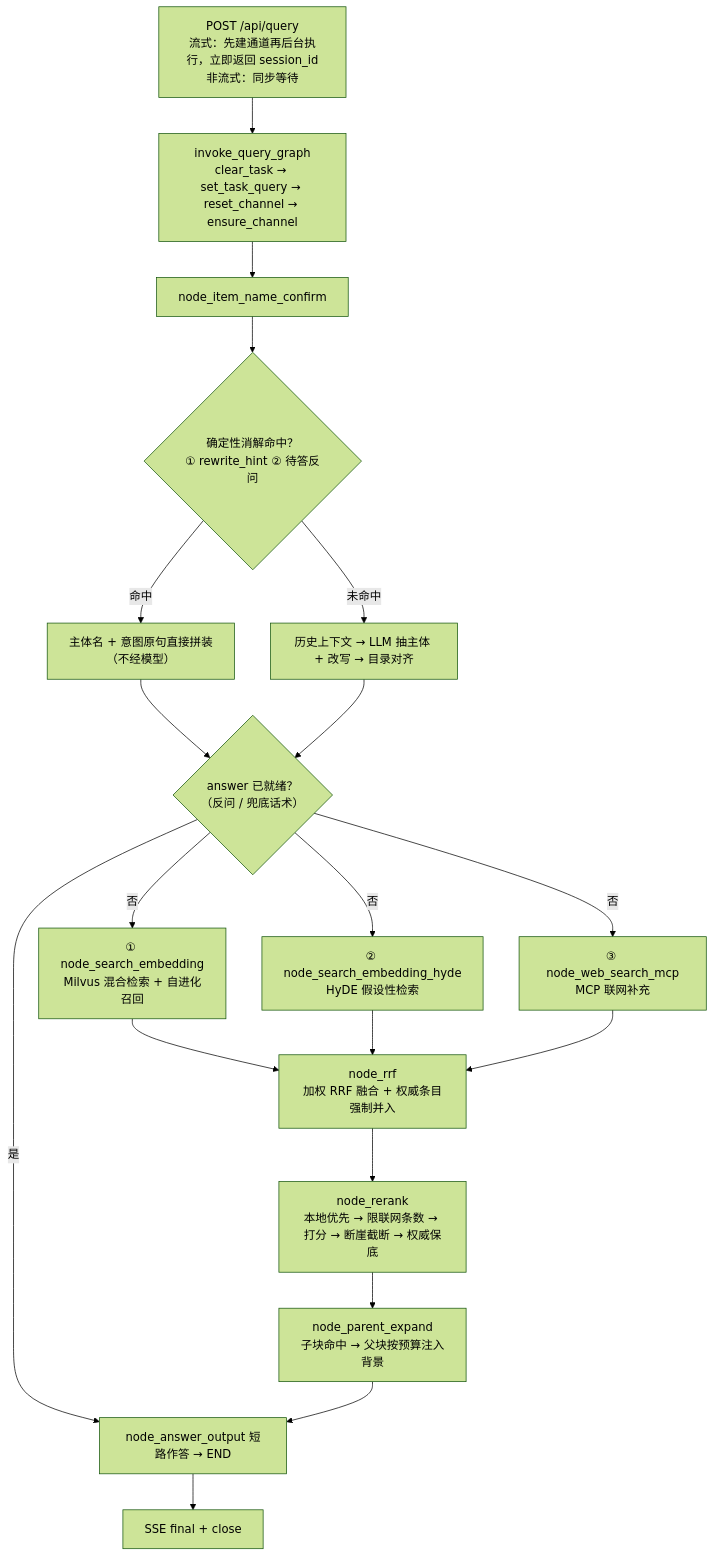
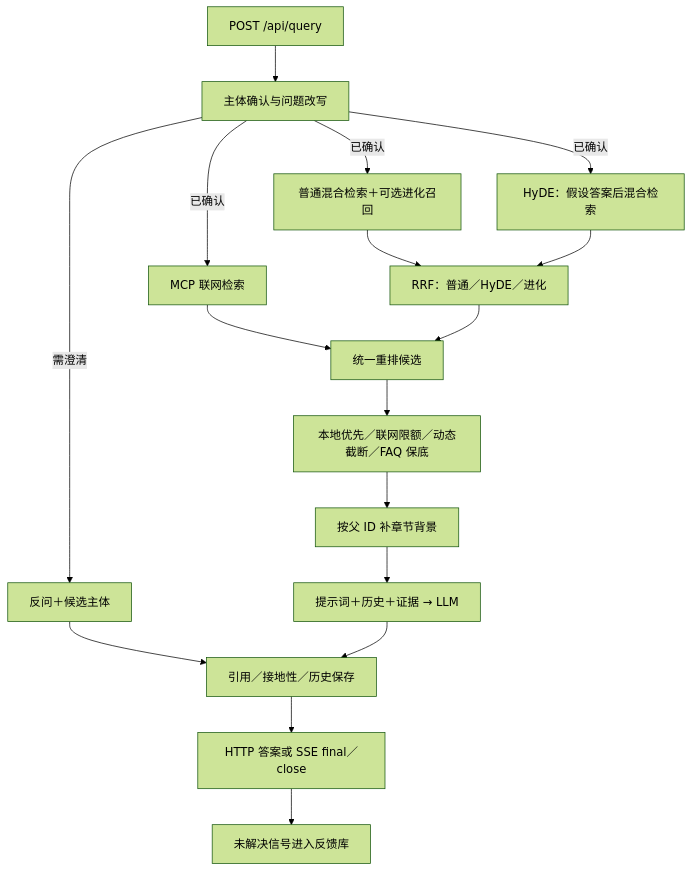
One commit to LZX842056112/se_rag changed the third of 4 diagrams in docs/se_rag-技术讲解文档.md. Above: the diagram before and after it, drawn with Mermaid (forest theme). The commit also changed other lines of this file and 3 other files, not shown here.

````diff
--- a/docs/se_rag-技术讲解文档.md
+++ b/docs/se_rag-技术讲解文档.md
@@ -192,21 +186,19 @@
 ```mermaid
-flowchart TD
-    A["POST /api/query<br/>流式：先建通道再后台执行，立即返回 session_id<br/>非流式：同步等待"] --> B["invoke_query_graph<br/>clear_task → set_task_query → reset_channel → ensure_channel"]
-    B --> C["node_item_name_confirm"]
-    C --> C0{"确定性消解命中？<br/>① rewrite_hint ② 待答反问"}
-    C0 -- 命中 --> C1["主体名 + 意图原句直接拼装（不经模型）"]
-    C0 -- 未命中 --> C2["历史上下文 → LLM 抽主体 + 改写 → 目录对齐"]
-    C1 --> D
-    C2 --> D{"answer 已就绪？<br/>（反问 / 兜底话术）"}
-    D -- 是 --> Z["node_answer_output 短路作答 → END"]
-    D -- 否 --> E1["① node_search_embedding<br/>Milvus 混合检索 + 自进化召回"]
-    D -- 否 --> E2["② node_search_embedding_hyde<br/>HyDE 假设性检索"]
-    D -- 否 --> E3["③ node_web_search_mcp<br/>MCP 联网补充"]
-    E1 --> F["node_rrf<br/>加权 RRF 融合 + 权威条目强制并入"]
-    E2 --> F
-    E3 --> F
-    F --> G["node_rerank<br/>本地优先 → 限联网条数 → 打分 → 断崖截断 → 权威保底"]
-    G --> H["node_parent_expand<br/>子块命中 → 父块按预算注入背景"]
-    H --> Z
-    Z --> Y["SSE final + close"]
+flowchart TB
+    A["POST /api/query"] --> B["主体确认与问题改写"]
+    B -->|需澄清| C["反问＋候选主体"]
+    B -->|已确认| D["普通混合检索＋可选进化召回"]
+    B -->|已确认| E["HyDE：假设答案后混合检索"]
+    B -->|已确认| F["MCP 联网检索"]
+    D --> G["RRF：普通／HyDE／进化"]
+    E --> G
+    F --> H["统一重排候选"]
+    G --> H
+    H --> I["本地优先／联网限额／动态截断／FAQ 保底"]
+    I --> J["按父 ID 补章节背景"]
+    J --> K["提示词＋历史＋证据 → LLM"]
+    C --> L["引用／接地性／历史保存"]
+    K --> L
+    L --> M["HTTP 答案或 SSE final／close"]
+    M --> N["未解决信号进入反馈库"]
 ```
````
